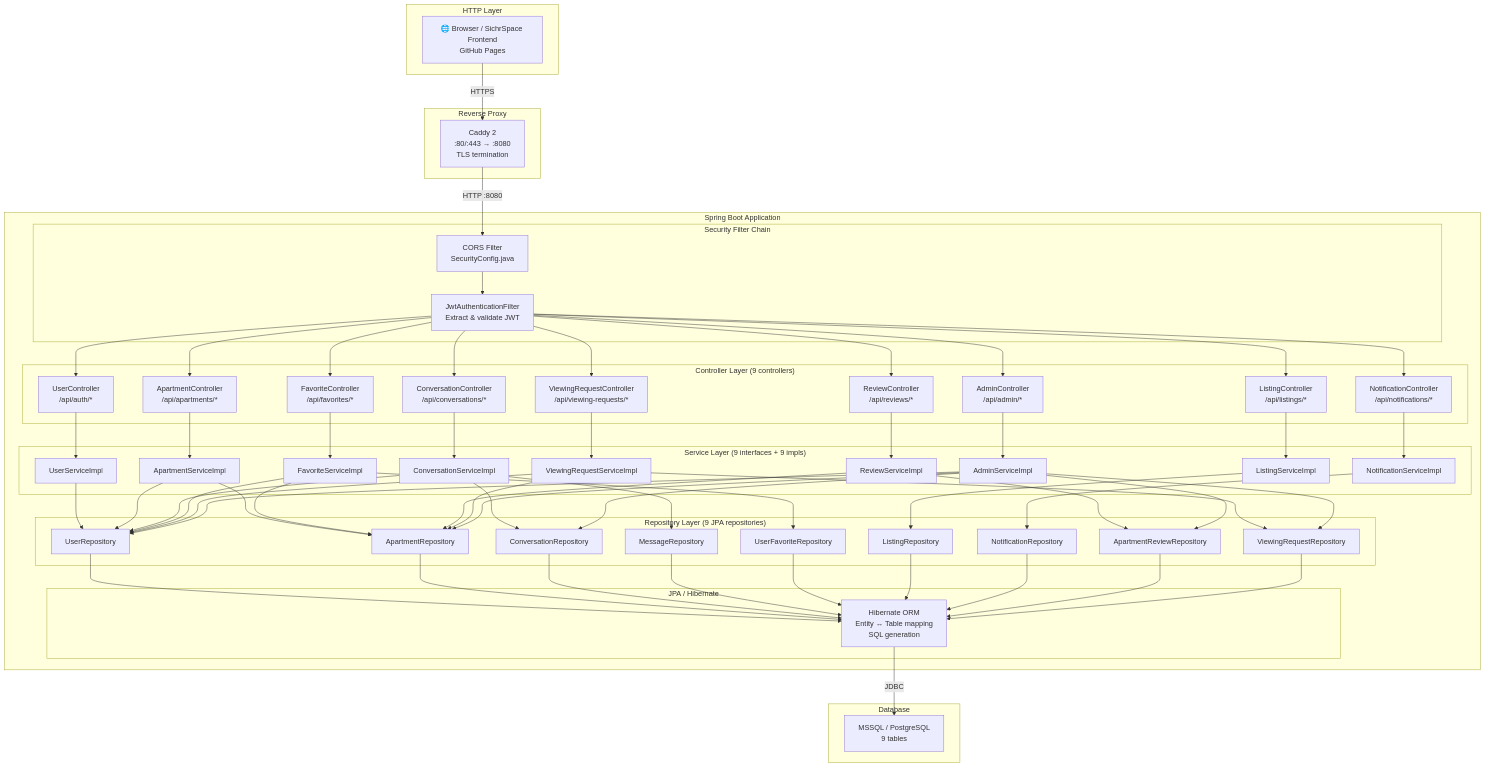
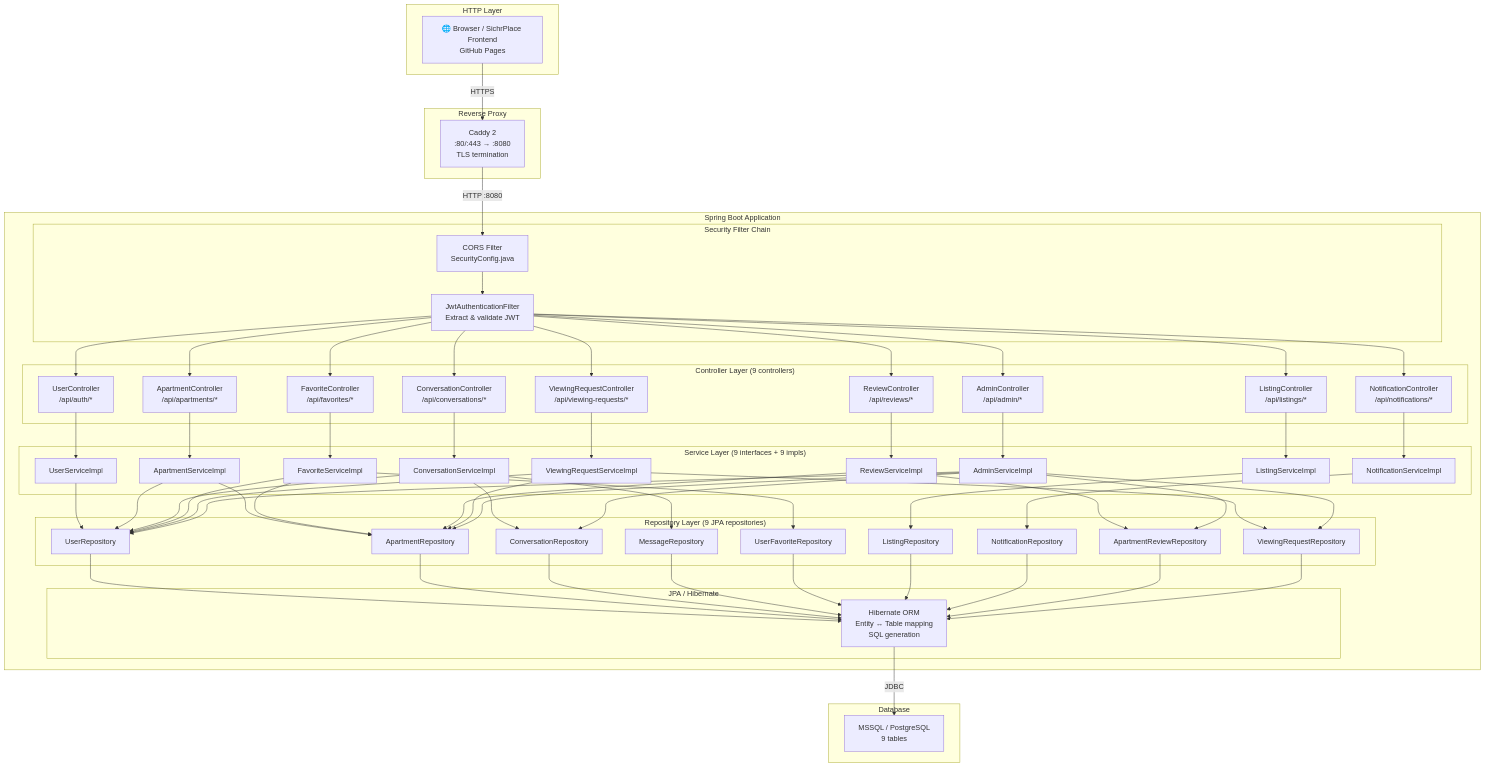
The first of 5 diagrams in docs/diagrams/architecture_flow.md (omer3kale/SichrSpace), drawn with Mermaid before and after one commit. The commit also changed other lines of this file and 5 other files, not shown here.

Commit message:
docs: replace SichrSpace with copyrighted SichrPlace name throughout

````diff
--- a/docs/diagrams/architecture_flow.md
+++ b/docs/diagrams/architecture_flow.md
@@ -9,7 +9,7 @@
 ```mermaid
 graph TD
     subgraph "HTTP Layer"
-        CLIENT["🌐 Browser / SichrSpace Frontend<br/>GitHub Pages"]
+        CLIENT["🌐 Browser / SichrPlace Frontend<br/>GitHub Pages"]
     end
 
     subgraph "Reverse Proxy"
````
